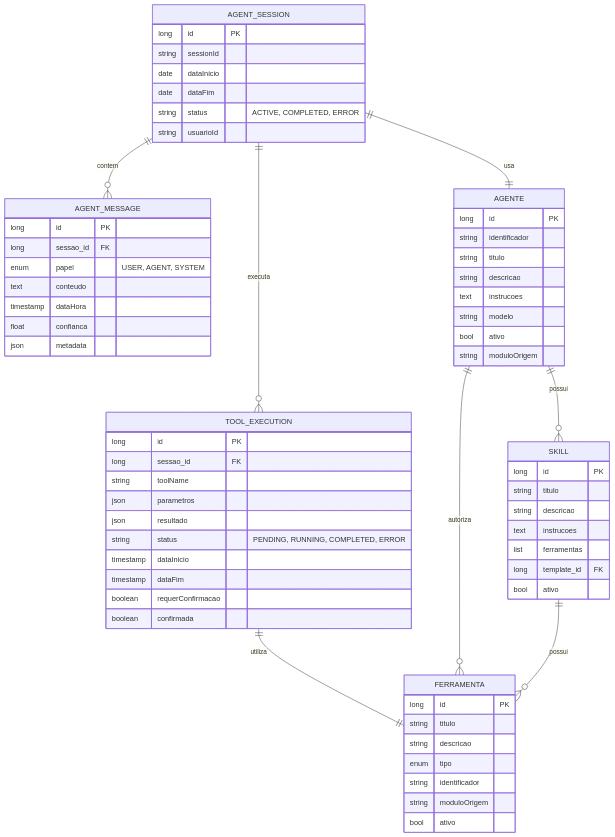
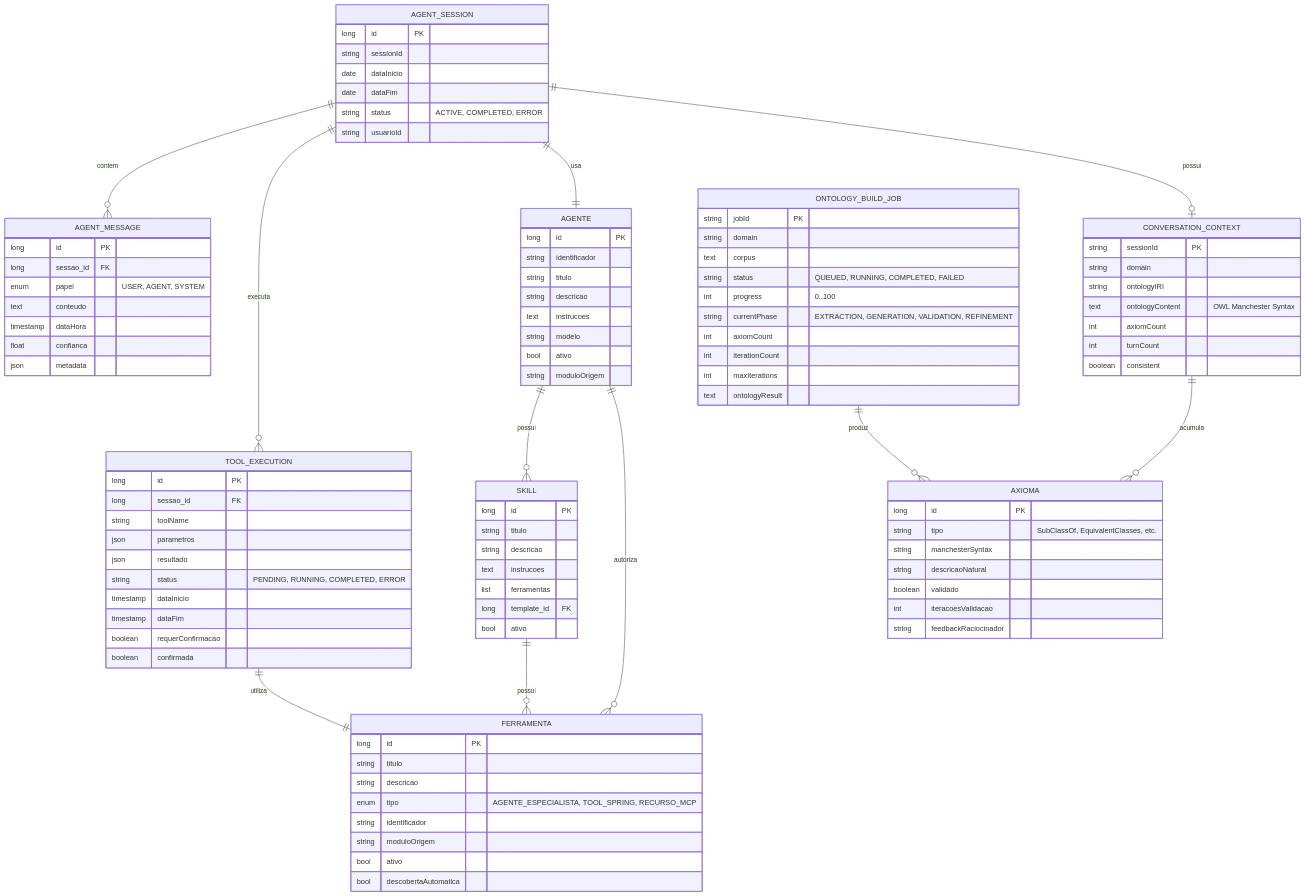
One commit to israelita-felipe/ia-core changed the diagram in ia-core/CDU/Interface-Agente-Conversacional/README.md. Above: the diagram before and after it, drawn with Mermaid. The commit also changed other lines of this file, not shown here.

First line of the commit message:
docs: atualizar CDU Interface Agente Conversacional com definições de Agentes Guiados por Ontologias

````diff
--- a/ia-core/CDU/Interface-Agente-Conversacional/README.md
+++ b/ia-core/CDU/Interface-Agente-Conversacional/README.md
@@ -230,10 +376,13 @@
     AGENT_SESSION ||--o{ AGENT_MESSAGE : contem
     AGENT_SESSION ||--o{ TOOL_EXECUTION : executa
     AGENT_SESSION ||--|| AGENTE : usa
+    AGENT_SESSION ||--o| CONVERSATION_CONTEXT : possui
     TOOL_EXECUTION ||--|| FERRAMENTA : utiliza
     AGENTE ||--o{ SKILL : possui
     AGENTE ||--o{ FERRAMENTA : autoriza
     SKILL ||--o{ FERRAMENTA : possui
+    CONVERSATION_CONTEXT ||--o{ AXIOMA : acumula
+    ONTOLOGY_BUILD_JOB ||--o{ AXIOMA : produz
 
     AGENT_SESSION {
         long id PK
@@ -292,9 +441,43 @@
         long id PK
         string titulo
         string descricao
-        enum tipo
+        enum tipo "AGENTE_ESPECIALISTA, TOOL_SPRING, RECURSO_MCP"
         string identificador
         string moduloOrigem
         bool ativo
+        bool descobertaAutomatica
+    }
+
+    CONVERSATION_CONTEXT {
+        string sessionId PK
+        string domain
+        string ontologyIRI
+        text ontologyContent "OWL Manchester Syntax"
+        int axiomCount
+        int turnCount
+        boolean consistent
+    }
+
+    AXIOMA {
+        long id PK
+        string tipo "SubClassOf, EquivalentClasses, etc."
+        string manchesterSyntax
+        string descricaoNatural
+        boolean validado
+        int iteracoesValidacao
+        string feedbackRaciocinador
+    }
+
+    ONTOLOGY_BUILD_JOB {
+        string jobId PK
+        string domain
+        text corpus
+        string status "QUEUED, RUNNING, COMPLETED, FAILED"
+        int progress "0..100"
+        string currentPhase "EXTRACTION, GENERATION, VALIDATION, REFINEMENT"
+        int axiomCount
+        int iterationCount
+        int maxIterations
+        text ontologyResult
     }
 ```
````
